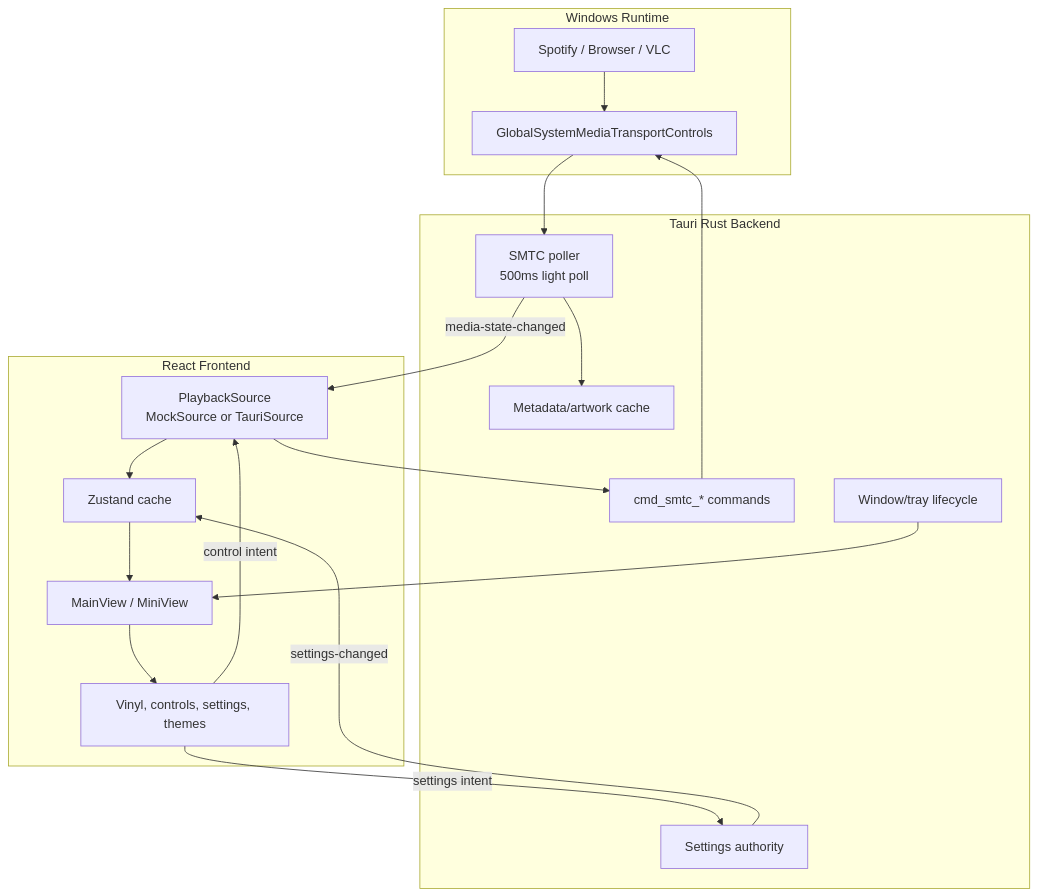
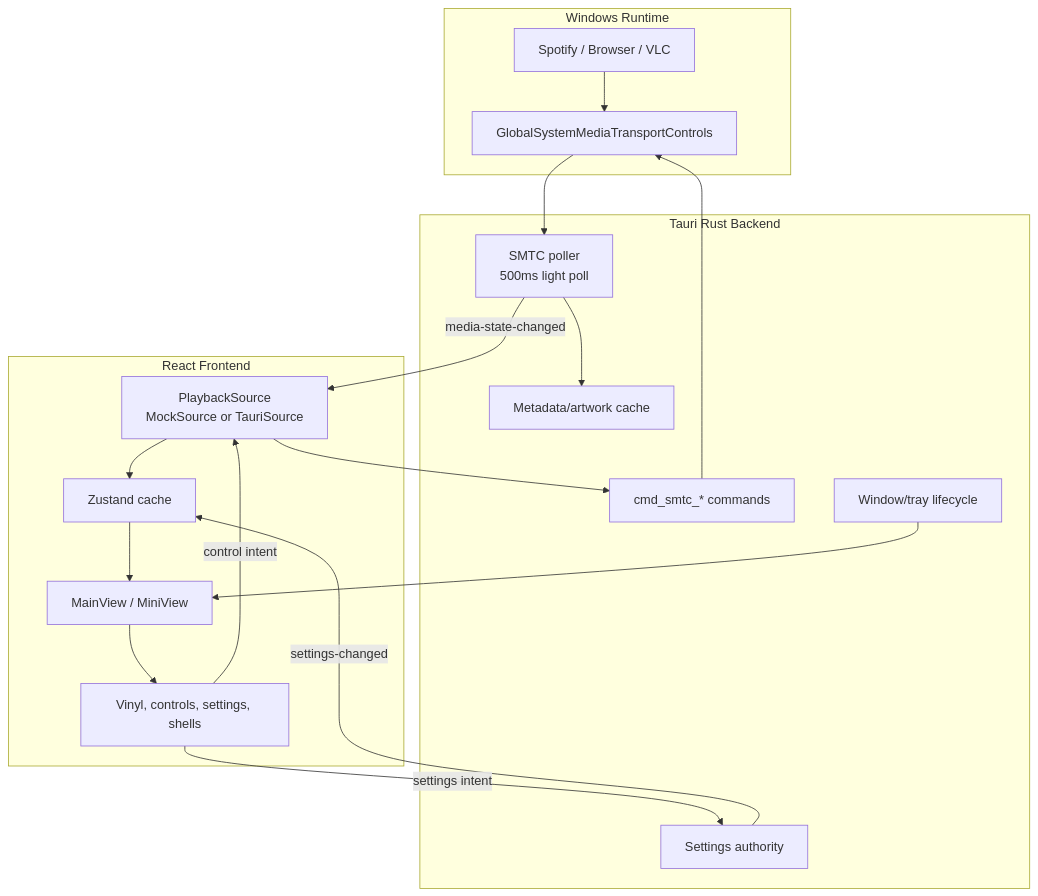
The first of 4 diagrams in docs/ARCHITECTURE.md (ItsRudraksh/vinyldeck), drawn with Mermaid before and after one commit. The commit also changed other lines of this file and 56 other files, not shown here.

````diff
--- a/docs/ARCHITECTURE.md
+++ b/docs/ARCHITECTURE.md
@@ -7,36 +7,36 @@
 ```mermaid
 flowchart TB
   subgraph Windows["Windows Runtime"]
     Player["Spotify / Browser / VLC"]
     SMTC["GlobalSystemMediaTransportControls"]
   end
 
   subgraph Backend["Tauri Rust Backend"]
     Poller["SMTC poller\n500ms light poll"]
     Cache["Metadata/artwork cache"]
     Commands["cmd_smtc_* commands"]
     Settings["Settings authority"]
     Window["Window/tray lifecycle"]
   end
 
   subgraph Frontend["React Frontend"]
     Source["PlaybackSource\nMockSource or TauriSource"]
     Store["Zustand cache"]
     Views["MainView / MiniView"]
-    Components["Vinyl, controls, settings, themes"]
+    Components["Vinyl, controls, settings, shells"]
   end
 
   Player --> SMTC
   SMTC --> Poller
   Poller --> Cache
   Poller -->|"media-state-changed"| Source
   Commands --> SMTC
   Source --> Store
   Store --> Views
   Views --> Components
   Components -->|"control intent"| Source
   Source --> Commands
   Components -->|"settings intent"| Settings
   Settings -->|"settings-changed"| Store
   Window --> Views
 ```
````
